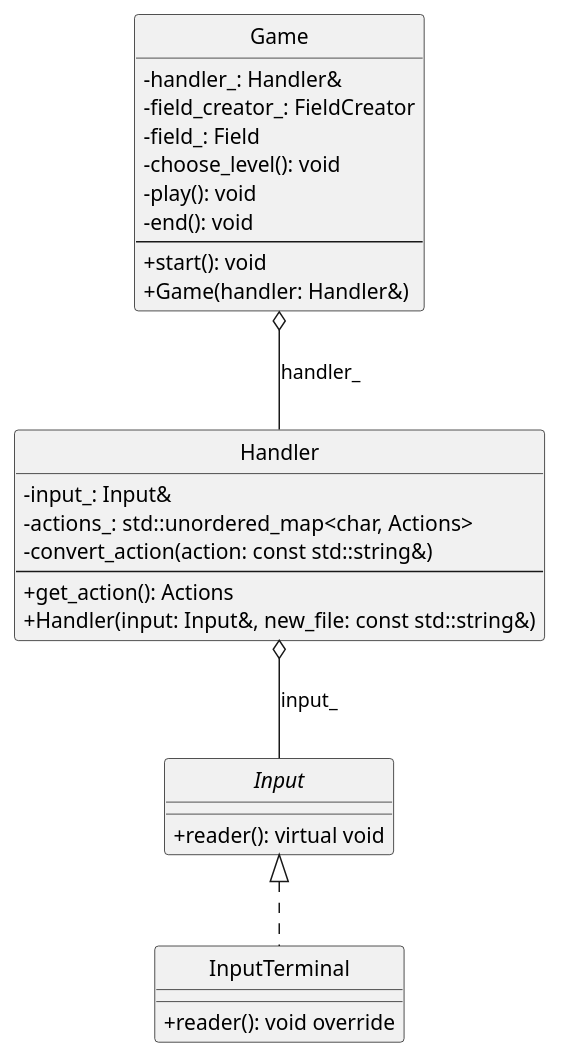
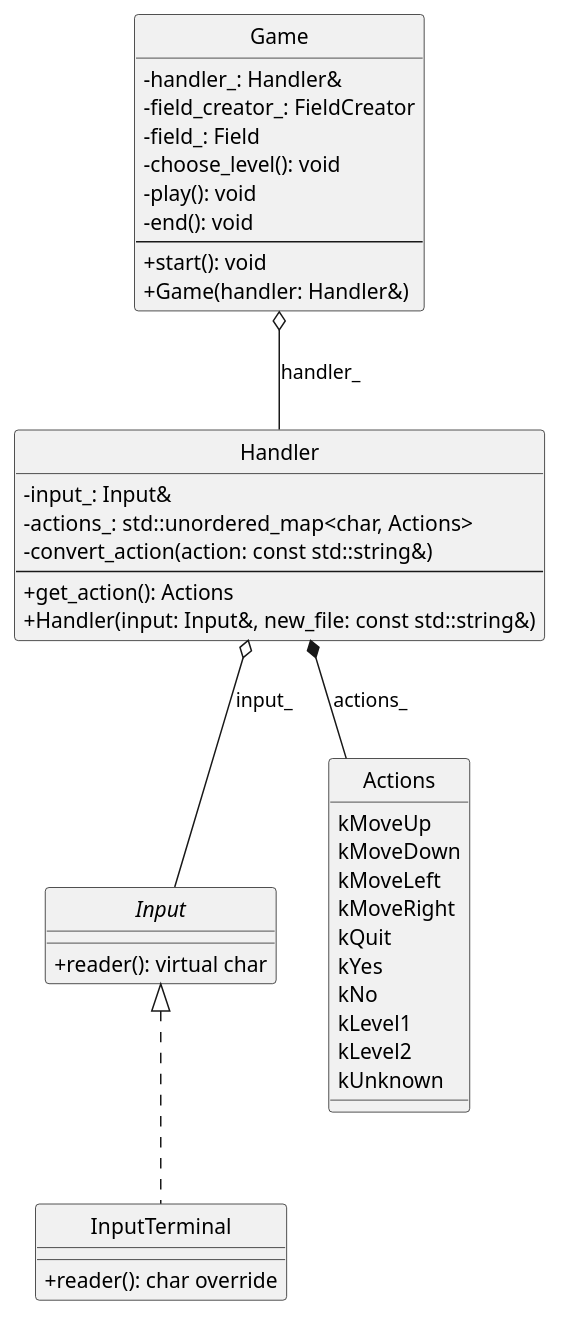
The diagram in lb4/diagram_lb4.puml (shumovod/OOP), drawn with PlantUML before and after one commit. The commit also changed 18 other files, not shown here.

```diff
--- a/lb4/diagram_lb4.puml
+++ b/lb4/diagram_lb4.puml
@@ -1,39 +1,53 @@
 @startuml diagram_lb4
 
 hide circle
 skinparam classAttributeIconSize 0
 
 abstract class Input {
-    + reader(): virtual void
+    + reader(): virtual char
 }
 
 class InputTerminal {
-    + reader(): void override
+    + reader(): char override
 }
 
 class Handler {
     - input_: Input&
     - actions_: std::unordered_map<char, Actions> 
     - convert_action(action: const std::string&)
     --
     + get_action(): Actions
     + Handler(input: Input&, new_file: const std::string&)
 }
 
 class Game {
     - handler_: Handler&
     - field_creator_: FieldCreator
     - field_: Field
     - choose_level(): void
     - play(): void
     - end(): void
     --
     + start(): void
     + Game(handler: Handler&)
 }
 
+enum Actions {
+    kMoveUp
+    kMoveDown 
+    kMoveLeft 
+    kMoveRight
+    kQuit
+    kYes
+    kNo
+    kLevel1
+    kLevel2
+    kUnknown
+}
+
 Input <|.. InputTerminal
 Handler o-- Input : input_
 Game o-- Handler : handler_
+Handler *-- Actions : actions_
 
 @enduml
```
